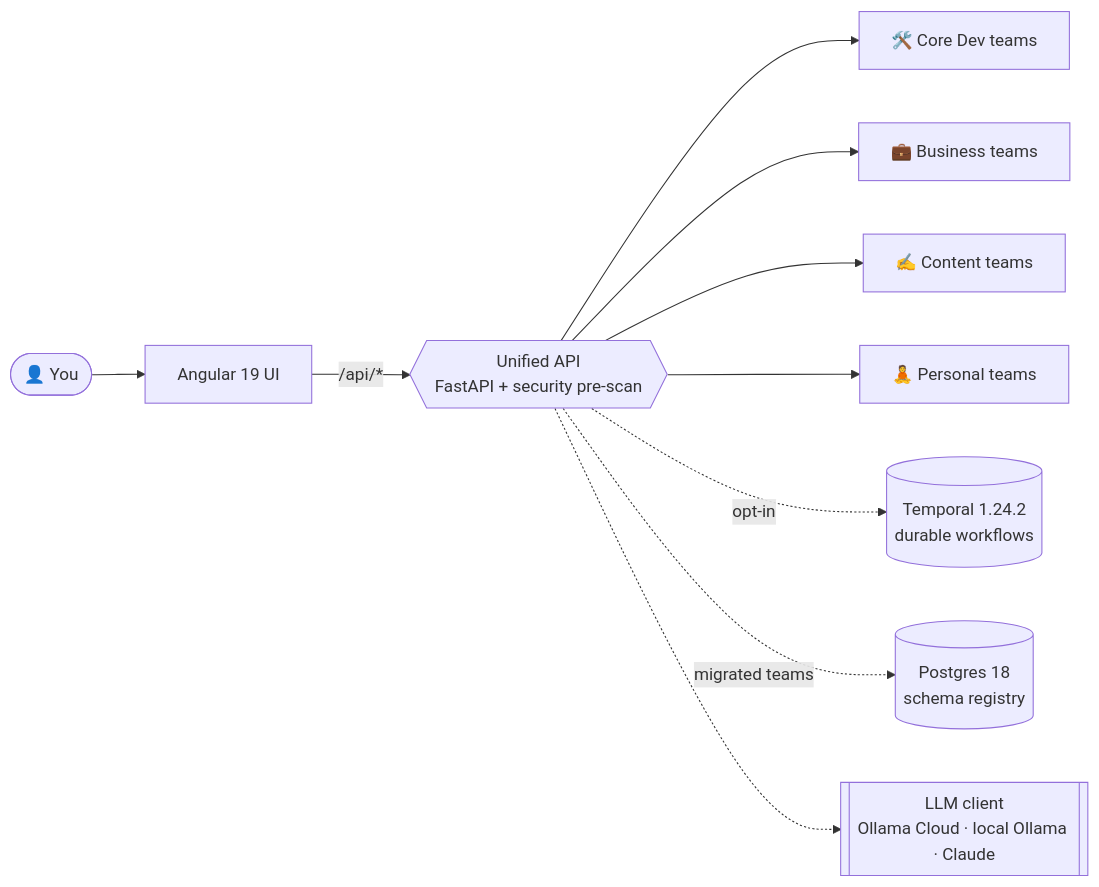
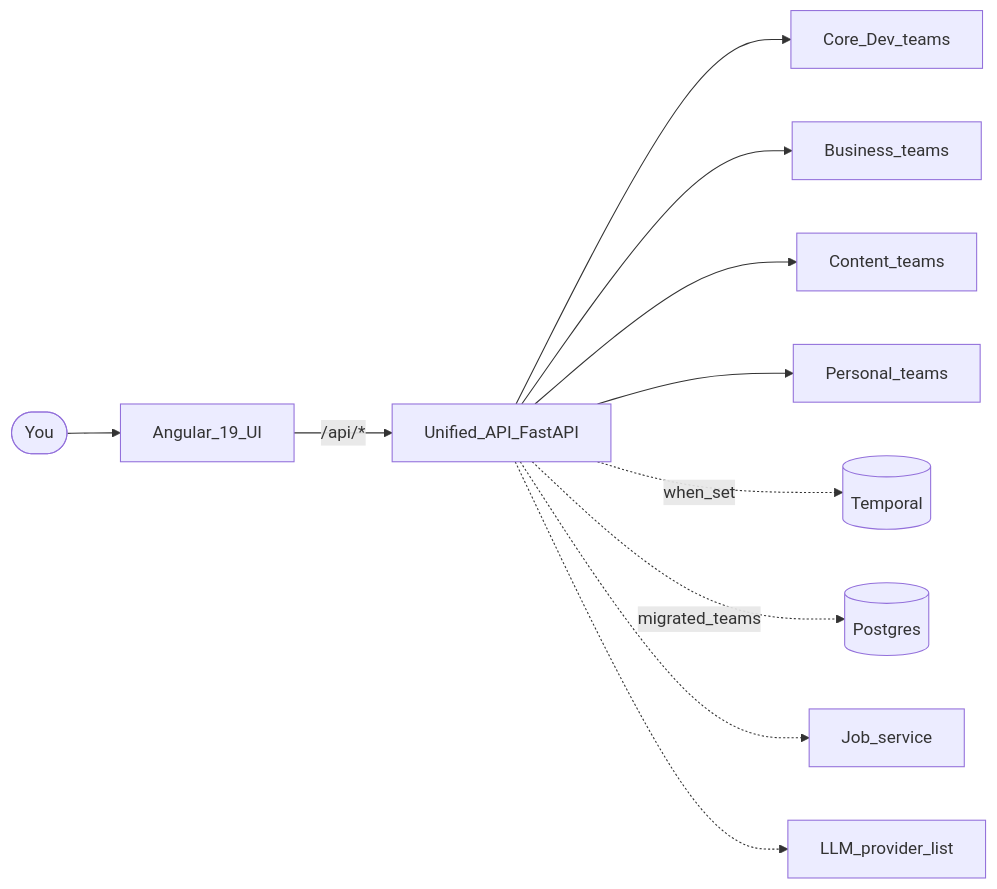
The diagram in README.md (brandonkindred/Khala-Agentic-AI-Teams), drawn with Mermaid before and after one commit. The commit also changed other lines of this file, not shown here.

````diff
--- a/README.md
+++ b/README.md
@@ -178,14 +149,13 @@
 ```mermaid
 flowchart LR
-    User([👤 You]) --> UI[Angular 19 UI]
-    UI -->|/api/*| Gateway{{Unified API<br/>FastAPI + security pre-scan}}
-
-    Gateway --> Core[🛠️ Core Dev teams]
-    Gateway --> Biz[💼 Business teams]
-    Gateway --> Content[✍️ Content teams]
-    Gateway --> Personal[🧘 Personal teams]
-
-    Gateway -.->|opt-in| Temporal[(Temporal 1.24.2<br/>durable workflows)]
-    Gateway -.->|migrated teams| Postgres[(Postgres 18<br/>schema registry)]
-    Gateway -.-> LLM[[LLM client<br/>Ollama Cloud · local Ollama · Claude]]
+    User([You]) --> UI[Angular_19_UI]
+    UI -->|/api/*| Gateway[Unified_API_FastAPI]
+    Gateway --> Core[Core_Dev_teams]
+    Gateway --> Biz[Business_teams]
+    Gateway --> Content[Content_teams]
+    Gateway --> Personal[Personal_teams]
+    Gateway -.->|when_set| Temporal[(Temporal)]
+    Gateway -.->|migrated_teams| Postgres[(Postgres)]
+    Gateway -.-> JobSvc[Job_service]
+    Gateway -.-> LLM[LLM_provider_list]
 ```
````
